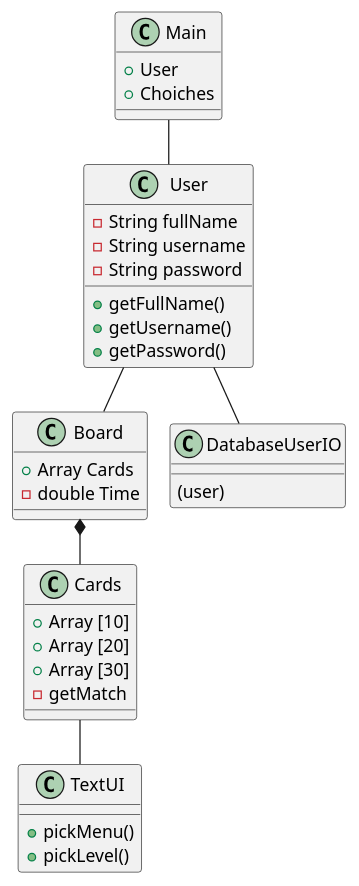
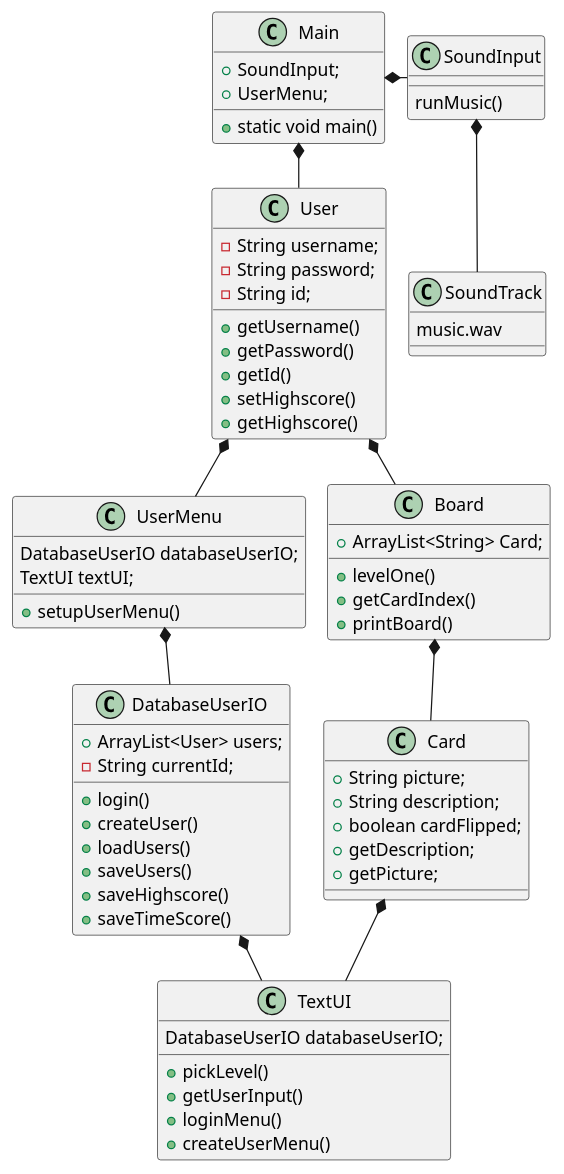
The diagram in Data/IceMemoryClassdiagram.puml (elsaD01/ICEMemoryGame), drawn with PlantUML before and after one commit. The commit also changed 5 other files, not shown here.

Commit message:
update plantuml

```diff
--- a/Data/IceMemoryClassdiagram.puml
+++ b/Data/IceMemoryClassdiagram.puml
@@ -1,40 +1,74 @@
 @startuml
 'https://plantuml.com/use-case-diagram
 
 class Main
 class User
+class UserMenu
+class DatabaseUserIO
 class Board
-class Cards
+class Card
 class TextUI
-class DatabaseUserIO
-Main-- User
-User-- Board
-Board*--Cards
-Cards-- TextUI
-User-- DatabaseUserIO
+class SoundInput
 
-Main : + User
-Main : + Choiches
 
-User : - String fullName
-User : - String username
-User : - String password
-User : + getFullName()
+Main *- SoundInput
+SoundInput *-- SoundTrack
+
+Main *-- User
+User *-- UserMenu
+User *-- Board
+UserMenu *-- DatabaseUserIO
+Board *--Card
+Card *-- TextUI
+DatabaseUserIO *-- TextUI
+
+Main : + static void main()
+Main : + SoundInput;
+Main : + UserMenu;
+
+User : - String username;
+User : - String password;
+User : - String id;
 User : + getUsername()
 User : + getPassword()
+User : + getId()
+User : + setHighscore()
+User : + getHighscore()
 
-Board : + Array Cards
-Board : - double Time
+UserMenu : DatabaseUserIO databaseUserIO;
+UserMenu : TextUI textUI;
+UserMenu : + setupUserMenu()
 
-Cards : + Array [10]
-Cards : + Array [20]
-Cards : + Array [30]
-Cards : - getMatch
+DatabaseUserIO : + ArrayList<User> users;
+DatabaseUserIO : - String currentId;
+DatabaseUserIO : + login()
+DatabaseUserIO : + createUser()
+DatabaseUserIO : + loadUsers()
+DatabaseUserIO : + saveUsers()
+DatabaseUserIO : + saveHighscore()
+DatabaseUserIO : + saveTimeScore()
 
-TextUI : + pickMenu()
+Board : + ArrayList<String> Card;
+Board : + levelOne()
+Board : + getCardIndex()
+Board : + printBoard()
+
+Card : + String picture;
+Card : + String description;
+Card : + boolean cardFlipped;
+Card : + getDescription;
+Card : + getPicture;
+
+TextUI : DatabaseUserIO databaseUserIO;
 TextUI : + pickLevel()
+TextUI : + getUserInput()
+TextUI : + loginMenu()
+TextUI : + createUserMenu()
 
-DatabaseUserIO : (user)
+SoundInput : runMusic()
+SoundTrack : music.wav
+
+
 
 !pragma layout smetana
 @enduml
```
